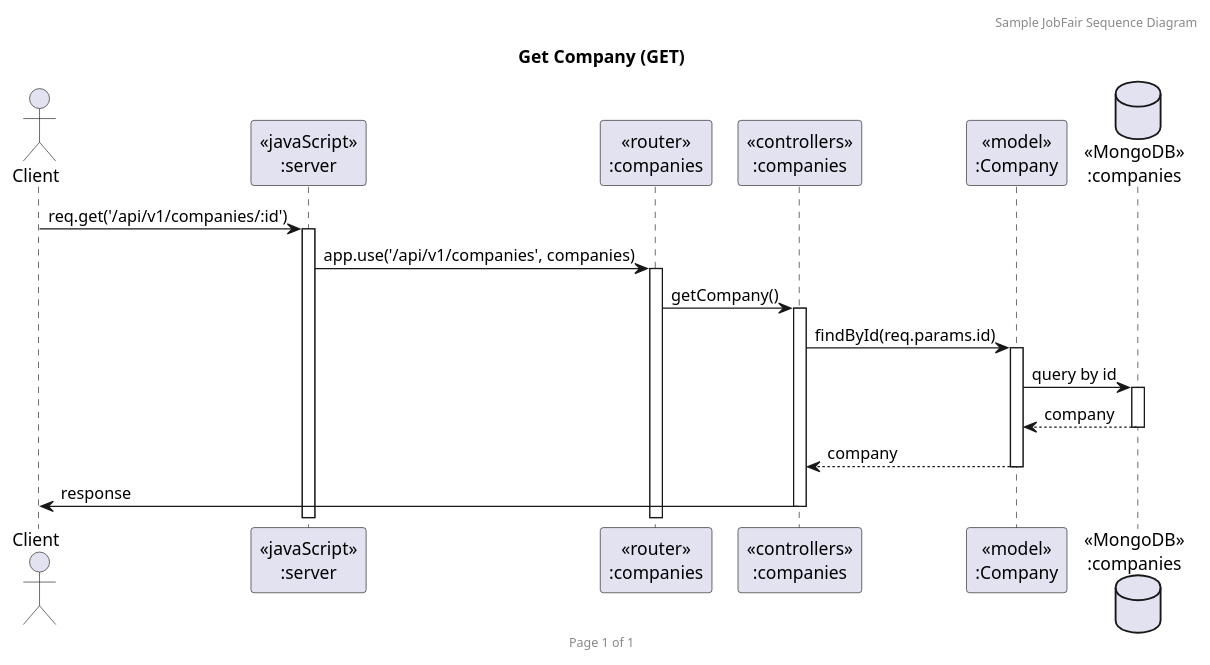
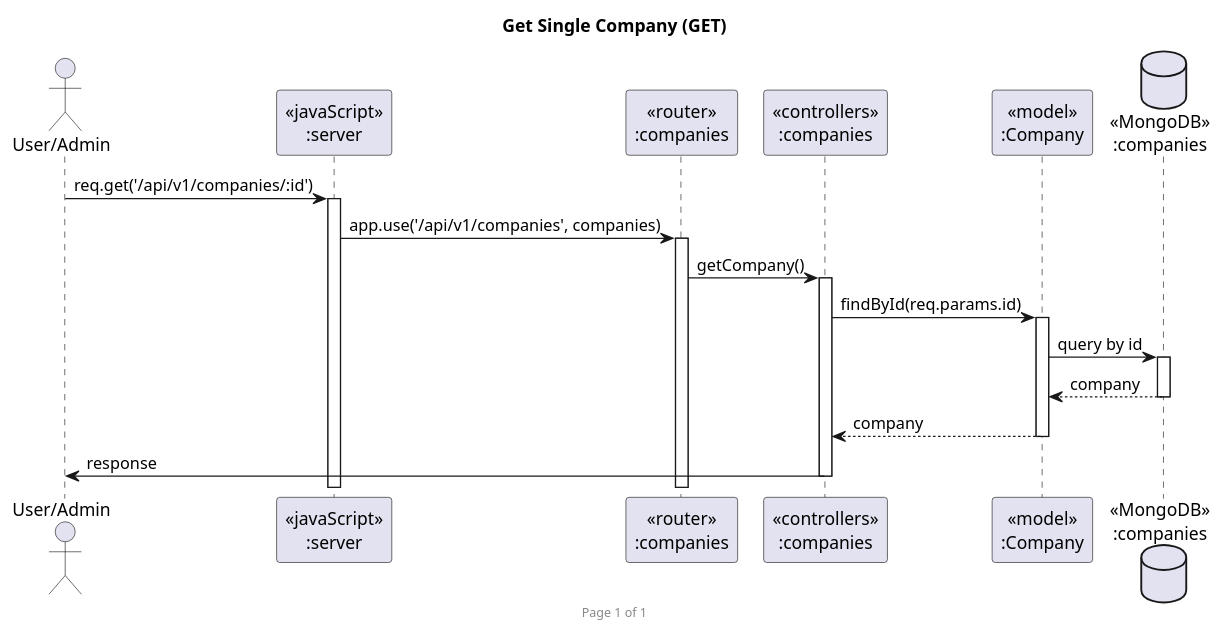
The sixth of 15 diagrams in uml/sequence-diagram.puml (2110503-CEDT68/be-project-68-vacq), drawn with PlantUML before and after one commit. The commit also changed other lines of this file and 27 other files, not shown here.

Commit message:
Edit sequence diagram

```diff
--- a/uml/sequence-diagram.puml
+++ b/uml/sequence-diagram.puml
@@ -115,23 +110,22 @@
-@startuml Get Company (GET)
+@startuml Get Single Company (GET)
 
-header Sample JobFair Sequence Diagram
 footer Page %page% of %lastpage%
-title "Get Company (GET)"
+title "Get Single Company (GET)"
 
-actor "Client" as client
+actor "User/Admin" as client
 participant "<<javaScript>>\n:server" as server
 participant "<<router>>\n:companies" as routerCompanies
 participant "<<controllers>>\n:companies" as controllersCompanies
 participant "<<model>>\n:Company" as modelCompany
 database "<<MongoDB>>\n:companies" as CompaniesDatabase
 
 client->server ++: req.get('/api/v1/companies/:id')
 server->routerCompanies ++: app.use('/api/v1/companies', companies)
 routerCompanies -> controllersCompanies ++: getCompany()
 controllersCompanies->modelCompany ++: findById(req.params.id)
 modelCompany ->CompaniesDatabase ++: query by id
 CompaniesDatabase --> modelCompany --: company
 controllersCompanies <-- modelCompany --: company
 controllersCompanies->client --: response
 
 @enduml
```
